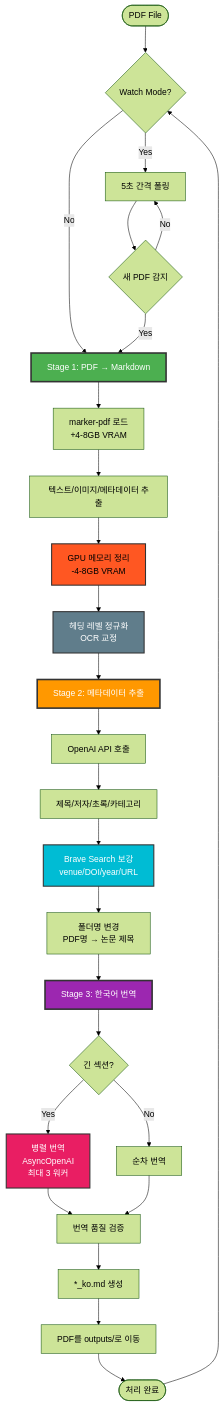
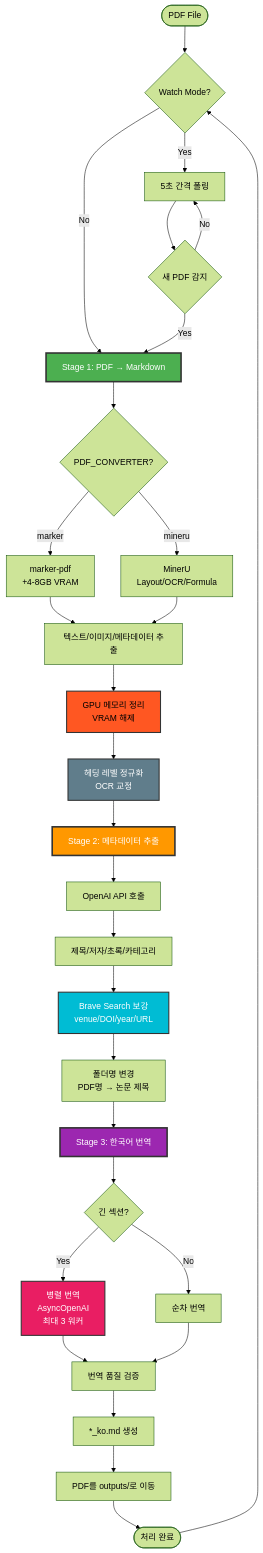
Before and after one commit to restful3/paperflow: the second of 6 diagrams in README.md, drawn with Mermaid (forest theme). The commit also changed other lines of this file and 8 other files, not shown here.

````diff
--- a/README.md
+++ b/README.md
@@ -81,43 +97,46 @@
 ```mermaid
 flowchart TD
     Start([PDF File]) --> Watch{Watch Mode?}
     Watch -->|Yes| Poll[5초 간격 폴링]
     Watch -->|No| Stage1
     Poll --> Detect{새 PDF 감지}
     Detect -->|Yes| Stage1
     Detect -->|No| Poll
 
     Stage1[Stage 1: PDF → Markdown]
-    Stage1 --> GPU1[marker-pdf 로드<br/>+4-8GB VRAM]
+    Stage1 --> Engine{PDF_CONVERTER?}
+    Engine -->|marker| GPU1[marker-pdf<br/>+4-8GB VRAM]
+    Engine -->|mineru| GPU2[MinerU<br/>Layout/OCR/Formula]
     GPU1 --> Extract[텍스트/이미지/메타데이터 추출]
-    Extract --> Cleanup1[GPU 메모리 정리<br/>-4-8GB VRAM]
+    GPU2 --> Extract
+    Extract --> Cleanup1[GPU 메모리 정리<br/>VRAM 해제]
 
     Cleanup1 --> Normalize[헤딩 레벨 정규화<br/>OCR 교정]
 
     Normalize --> Stage2[Stage 2: 메타데이터 추출]
     Stage2 --> AI1[OpenAI API 호출]
     AI1 --> Meta[제목/저자/초록/카테고리]
     Meta --> WebSearch[Brave Search 보강<br/>venue/DOI/year/URL]
     WebSearch --> Rename[폴더명 변경<br/>PDF명 → 논문 제목]
 
     Rename --> Stage3[Stage 3: 한국어 번역]
     Stage3 --> Parallel{긴 섹션?}
     Parallel -->|Yes| AsyncAPI[병렬 번역<br/>AsyncOpenAI<br/>최대 3 워커]
     Parallel -->|No| SeqAPI[순차 번역]
     AsyncAPI --> Verify[번역 품질 검증]
     SeqAPI --> Verify
     Verify --> KoreanMD[*_ko.md 생성]
 
     KoreanMD --> Move[PDF를 outputs/로 이동]
     Move --> End([처리 완료])
 
     End --> Watch
 
     style Stage1 fill:#4CAF50,stroke:#333,stroke-width:3px,color:#fff
     style Stage2 fill:#FF9800,stroke:#333,stroke-width:3px,color:#fff
     style Stage3 fill:#9C27B0,stroke:#333,stroke-width:3px,color:#fff
     style WebSearch fill:#00BCD4,stroke:#333,stroke-width:2px,color:#fff
     style Normalize fill:#607D8B,stroke:#333,stroke-width:2px,color:#fff
     style AsyncAPI fill:#E91E63,stroke:#333,stroke-width:2px,color:#fff
     style Cleanup1 fill:#FF5722,stroke:#333,stroke-width:2px
 ```
````
